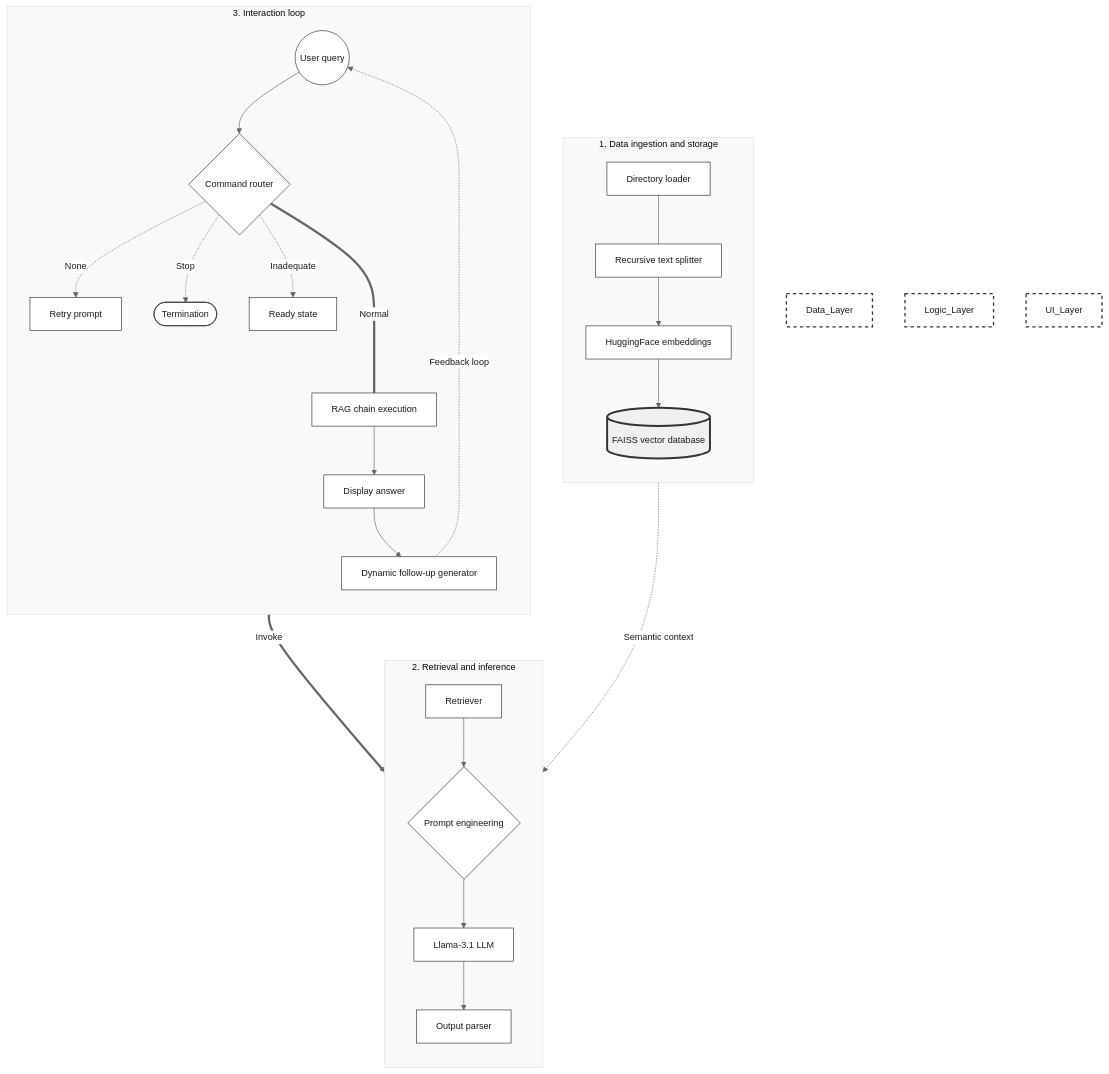
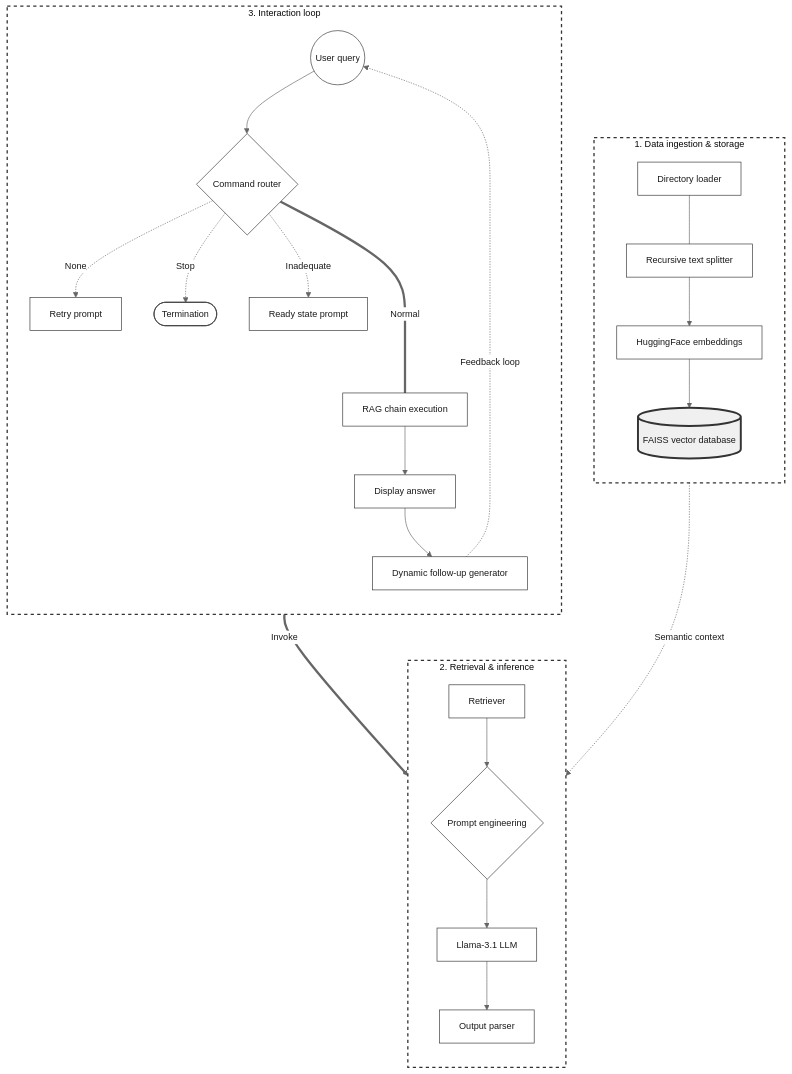
One commit to Bo96321asd/AeroAxis-LLM changed the diagram in README.md. Above: the diagram before and after it, drawn with Mermaid. The commit also changed other lines of this file, not shown here.

````diff
--- a/README.md
+++ b/README.md
@@ -62,44 +77,45 @@
 ``` mermaid
 %%{init: {
     'theme': 'base', 
     'themeVariables': { 
         'primaryColor': '#ffffff', 
         'primaryBorderColor': '#333333', 
         'primaryTextColor': '#1a1a1a', 
         'lineColor': '#666666', 
         'fontFamily': 'Helvetica, Arial, sans-serif',
         'fontSize': '14px',
         'tertiaryColor': '#f9f9f9'
     }
 }}%%
 graph TD
-    subgraph Data_layer ["1. Data ingestion and storage"]
+    subgraph Data_layer ["1. Data ingestion & storage"]
         direction TB
         A[Directory loader] --- B[Recursive text splitter]
         B --> C[HuggingFace embeddings]
         C --> D[(FAISS vector database)]
     end
-    subgraph Logic_layer ["2. Retrieval and inference"]
+    subgraph Logic_layer ["2. Retrieval & inference"]
         direction TB
         E[Retriever] --> F{Prompt engineering}
         F --> G[Llama-3.1 LLM]
         G --> H[Output parser]
     end
     subgraph UI_layer ["3. Interaction loop"]
         direction TB
         I((User query)) --> J{Command router}
         J -.->|None| K["Retry prompt"]
         J -.->|Stop| L([Termination])
-        J -.->|Inadequate| M["Ready state"]
+        J -.->|Inadequate| M["Ready state prompt"]
         J ====|Normal| N["RAG chain execution"]
         N --> O["Display answer"]
         O --> P["Dynamic follow-up generator"]
     end
     D -.->|Semantic context| E
     N ==>|Invoke| E
     P -.->|Feedback loop| I
-    style Data_Layer fill:#ffffff,stroke:#333,stroke-width:2px,stroke-dasharray: 5 5
-    style Logic_Layer fill:#ffffff,stroke:#333,stroke-width:2px,stroke-dasharray: 5 5
-    style UI_Layer fill:#ffffff,stroke:#333,stroke-width:2px,stroke-dasharray: 5 5
+    
+    style Data_layer fill:#ffffff,stroke:#333,stroke-width:2px,stroke-dasharray: 5 5
+    style Logic_layer fill:#ffffff,stroke:#333,stroke-width:2px,stroke-dasharray: 5 5
+    style UI_layer fill:#ffffff,stroke:#333,stroke-width:2px,stroke-dasharray: 5 5
     style D fill:#f0f0f0,stroke-width:3px
 ```
````
